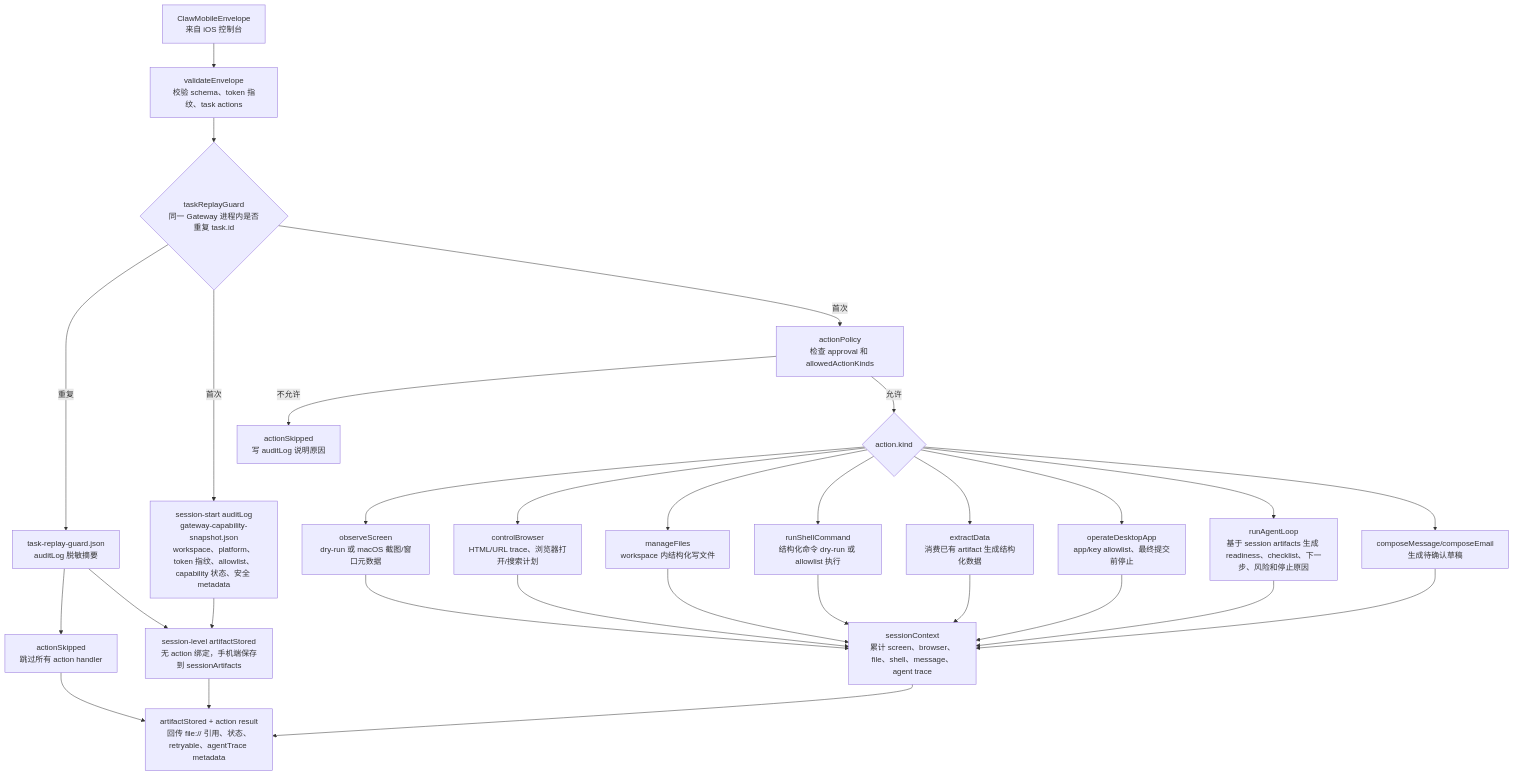
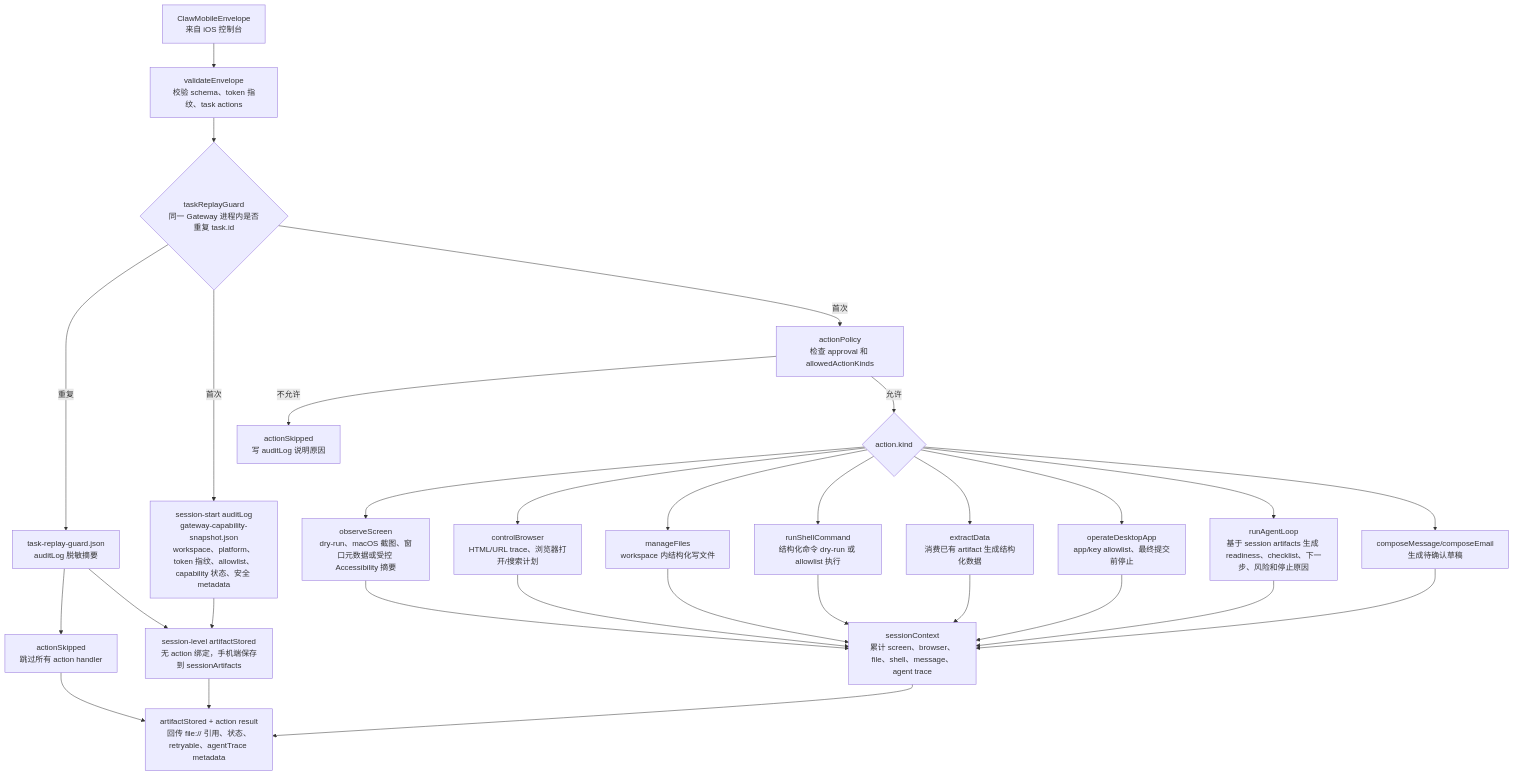
Before and after one commit to Altman-sam114/115: the second of 3 diagrams in md/flow/flowchart.md, drawn with Mermaid. The commit also changed 13 other files, not shown here.

````diff
--- a/md/flow/flowchart.md
+++ b/md/flow/flowchart.md
@@ -62,32 +62,32 @@
 ```mermaid
 flowchart TD
   ENV["ClawMobileEnvelope<br/>来自 iOS 控制台"] --> VAL["validateEnvelope<br/>校验 schema、token 指纹、task actions"]
   VAL --> REPLAY{"taskReplayGuard<br/>同一 Gateway 进程内是否重复 task.id"}
   REPLAY -->|"重复"| RG["task-replay-guard.json<br/>auditLog 脱敏摘要"]
   RG --> RGS["actionSkipped<br/>跳过所有 action handler"]
   RG --> SOUT
   RGS --> OUT
   REPLAY -->|"首次"| SNAP["session-start auditLog<br/>gateway-capability-snapshot.json<br/>workspace、platform、token 指纹、allowlist、capability 状态、安全 metadata"]
   REPLAY -->|"首次"| POL["actionPolicy<br/>检查 approval 和 allowedActionKinds"]
   POL -->|不允许| SKIP["actionSkipped<br/>写 auditLog 说明原因"]
   POL -->|允许| KIND{"action.kind"}
-  KIND --> OBS["observeScreen<br/>dry-run 或 macOS 截图/窗口元数据"]
+  KIND --> OBS["observeScreen<br/>dry-run、macOS 截图、窗口元数据或受控 Accessibility 摘要"]
   KIND --> BRO["controlBrowser<br/>HTML/URL trace、浏览器打开/搜索计划"]
   KIND --> FILE["manageFiles<br/>workspace 内结构化写文件"]
   KIND --> SH["runShellCommand<br/>结构化命令 dry-run 或 allowlist 执行"]
   KIND --> EXT["extractData<br/>消费已有 artifact 生成结构化数据"]
   KIND --> APP["operateDesktopApp<br/>app/key allowlist、最终提交前停止"]
   KIND --> AG["runAgentLoop<br/>基于 session artifacts 生成 readiness、checklist、下一步、风险和停止原因"]
   KIND --> MSG["composeMessage/composeEmail<br/>生成待确认草稿"]
   OBS --> CTX["sessionContext<br/>累计 screen、browser、file、shell、message、agent trace"]
   BRO --> CTX
   FILE --> CTX
   SH --> CTX
   EXT --> CTX
   APP --> CTX
   AG --> CTX
   MSG --> CTX
   SNAP --> SOUT["session-level artifactStored<br/>无 action 绑定，手机端保存到 sessionArtifacts"]
   CTX --> OUT["artifactStored + action result<br/>回传 file:// 引用、状态、retryable、agentTrace metadata"]
   SOUT --> OUT
 ```
````
